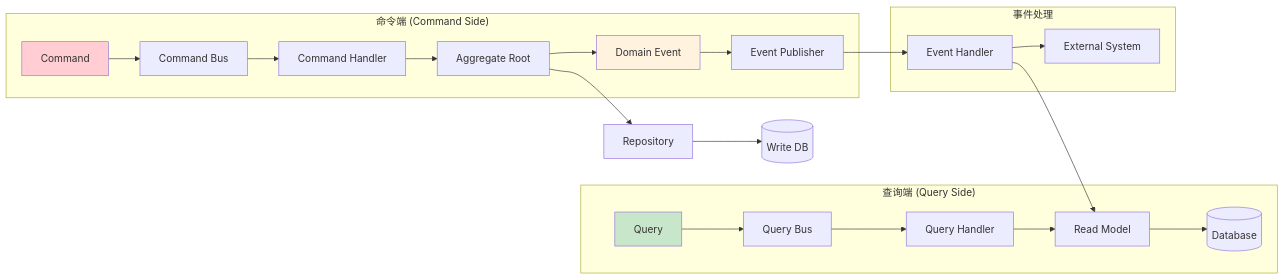
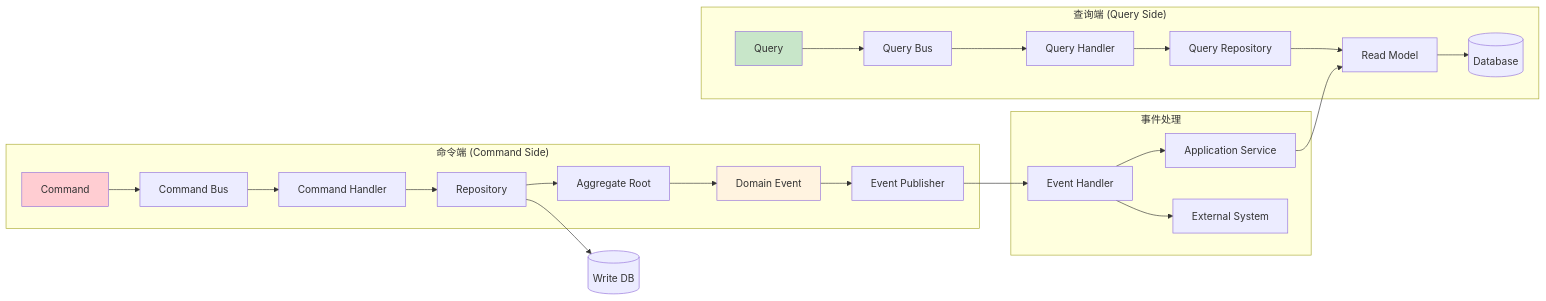
One commit to ANTHEM37/ddd-project changed the second of 8 diagrams in ddd-framework/README.md. Above: the diagram before and after it, drawn with Mermaid. The commit also changed other lines of this file, not shown here.

Commit message:
docs(ddd-framework): 更新 README 中的架构图和序列图
- 在命令端，增加 Repository 层，处理 Aggregate Root 的持久化- 在查询端，引入 Query Repository 概念，优化查询流程- 在事件处理部分，增加 Application Service 层，协调事件处理逻辑
- 更新序列图，详细展示命令处理流程中各组件的交互

````diff
--- a/ddd-framework/README.md
+++ b/ddd-framework/README.md
@@ -97,30 +97,32 @@
 ```mermaid
 graph LR
     subgraph "命令端 (Command Side)"
         CMD[Command] --> CB[Command Bus]
         CB --> CH[Command Handler]
-        CH --> AR[Aggregate Root]
+        CH --> REPO[Repository]
+        REPO --> AR[Aggregate Root]
         AR --> DE[Domain Event]
         DE --> EP[Event Publisher]
     end
     
     subgraph "查询端 (Query Side)"
         QRY[Query] --> QB[Query Bus]
         QB --> QH[Query Handler]
-        QH --> RM[Read Model]
+        QH --> QREPO[Query Repository]
+        QREPO --> RM[Read Model]
         RM --> DB[(Database)]
     end
     
     subgraph "事件处理"
         EP --> EH[Event Handler]
-        EH --> RM
+        EH --> AS[Application Service]
+        AS --> RM
         EH --> ES[External System]
     end
     
-    AR --> REPO[Repository]
     REPO --> WDB[(Write DB)]
     
     style CMD fill:#ffcdd2
     style QRY fill:#c8e6c9
     style DE fill:#fff3e0
 ```
````
